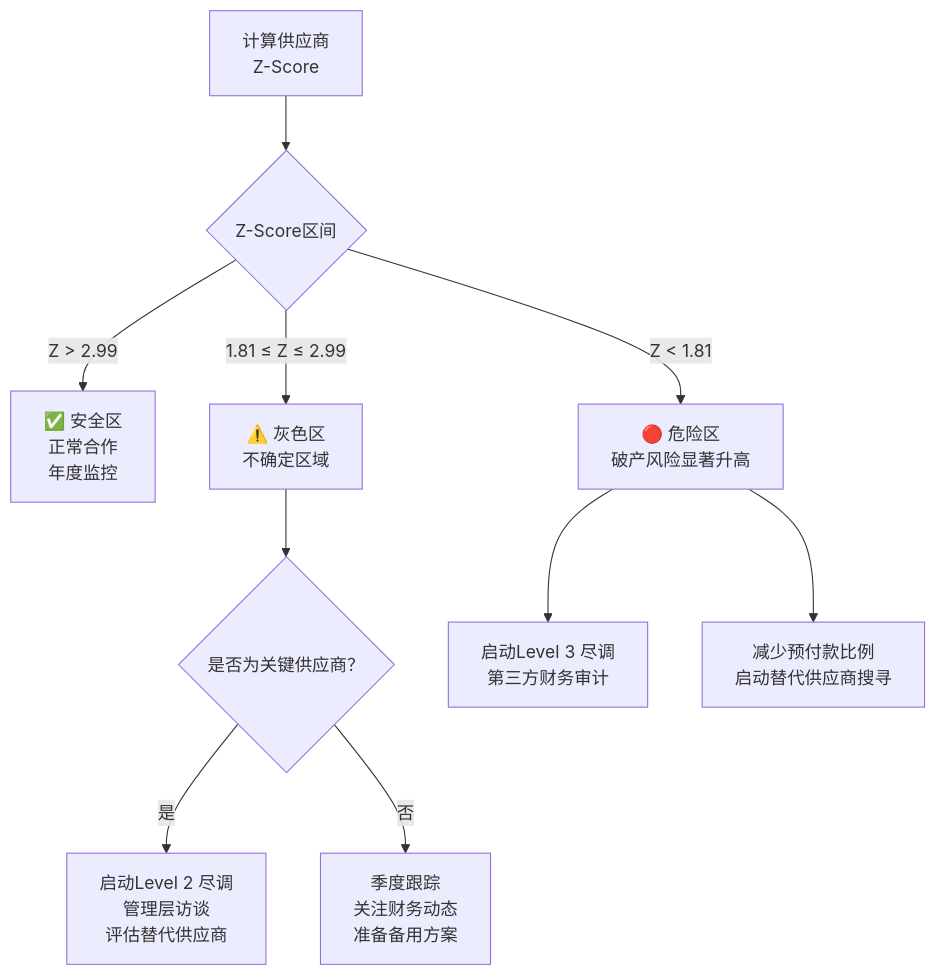
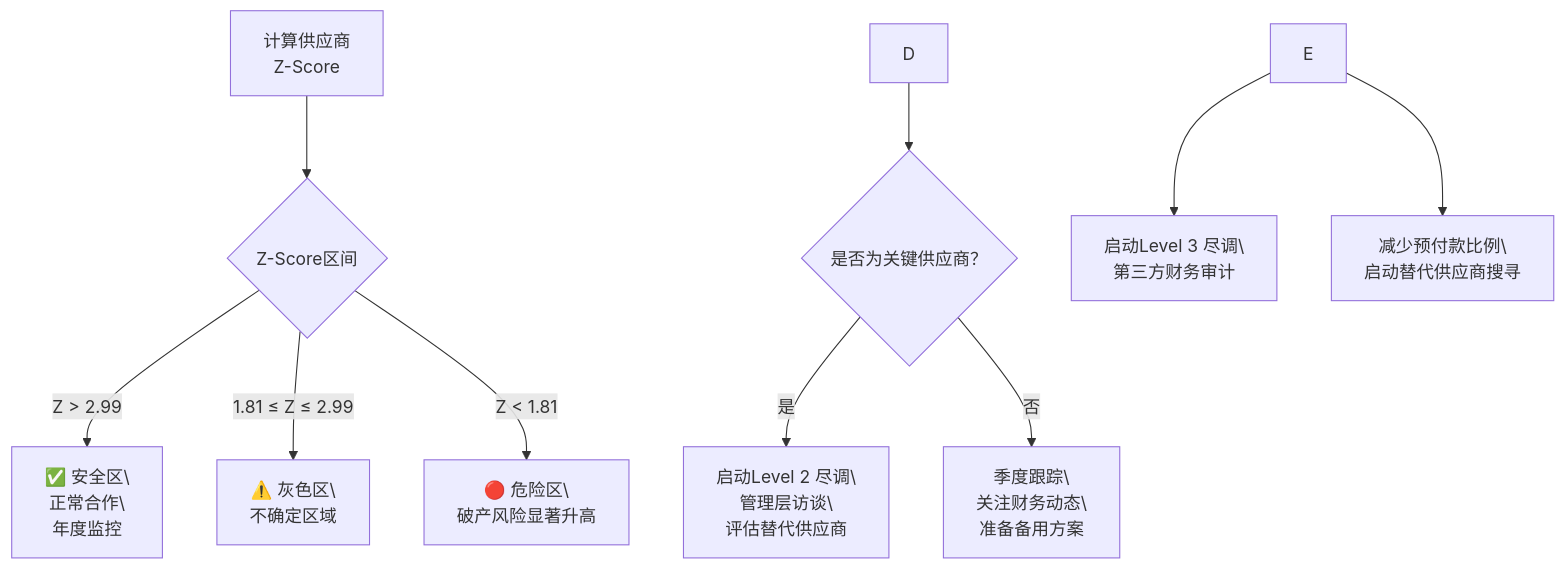
Before and after one commit to ddg-cn/ddg-site: the fourth of 6 diagrams in docs/zh/ethics-guide.md, drawn with Mermaid. The commit also changed other lines of this file and 13 other files, not shown here.

````diff
--- a/docs/zh/ethics-guide.md
+++ b/docs/zh/ethics-guide.md
@@ -426,12 +434,12 @@
 ```mermaid
 flowchart TD
-    A["计算供应商<br/>Z-Score"] --> B{Z-Score区间}
-    B -->|"Z > 2.99"| C["✅ 安全区\n正常合作\n年度监控"]
-    B -->|"1.81 ≤ Z ≤ 2.99"| D["⚠️ 灰色区\n不确定区域"]
-    B -->|"Z < 1.81"| E["🔴 危险区\n破产风险显著升高"]
+    A\["计算供应商<br/>Z-Score"] --> B{Z-Score区间}
+    B -->|"Z > 2.99"| C\["✅ 安全区\\n正常合作\\n年度监控"]
+    B -->|"1.81 ≤ Z ≤ 2.99"| D\["⚠️ 灰色区\\n不确定区域"]
+    B -->|"Z < 1.81"| E\["🔴 危险区\\n破产风险显著升高"]
     D --> F{是否为关键供应商？}
-    F -->|是| G["启动Level 2 尽调\n管理层访谈\n评估替代供应商"]
-    F -->|否| H["季度跟踪\n关注财务动态\n准备备用方案"]
-    E --> I["启动Level 3 尽调\n第三方财务审计"]
-    E --> J["减少预付款比例\n启动替代供应商搜寻"]
+    F -->|是| G\["启动Level 2 尽调\\n管理层访谈\\n评估替代供应商"]
+    F -->|否| H\["季度跟踪\\n关注财务动态\\n准备备用方案"]
+    E --> I\["启动Level 3 尽调\\n第三方财务审计"]
+    E --> J\["减少预付款比例\\n启动替代供应商搜寻"]
 ```
````
